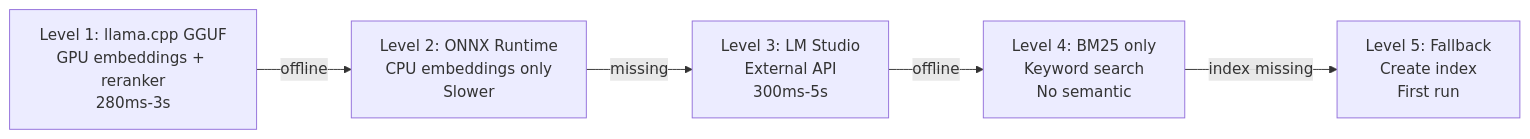
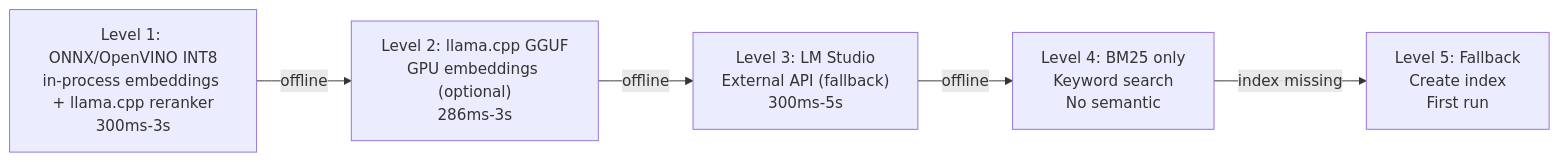
Before and after one commit to ManSio/mscodebase-intelligence: the eighth of 8 diagrams in docs/en/ARCHITECTURE_DEEP.md, drawn with Mermaid. The commit also changed other lines of this file and 50 other files, not shown here.

````diff
--- a/docs/en/ARCHITECTURE_DEEP.md
+++ b/docs/en/ARCHITECTURE_DEEP.md
@@ -327,8 +327,8 @@
 ```mermaid
 flowchart LR
-    L1["Level 1: llama.cpp GGUF\nGPU embeddings + reranker\n280ms-3s"] -->|offline| L2
-    L2["Level 2: ONNX Runtime\nCPU embeddings only\nSlower"] -->|missing| L3
-    L3["Level 3: LM Studio\nExternal API\n300ms-5s"] -->|offline| L4
+    L1["Level 1: ONNX/OpenVINO INT8\nin-process embeddings + llama.cpp reranker\n300ms-3s"] -->|offline| L2
+    L2["Level 2: llama.cpp GGUF\nGPU embeddings (optional)\n286ms-3s"] -->|offline| L3
+    L3["Level 3: LM Studio\nExternal API (fallback)\n300ms-5s"] -->|offline| L4
     L4["Level 4: BM25 only\nKeyword search\nNo semantic"] -->|index missing| L5
     L5["Level 5: Fallback\nCreate index\nFirst run"]
 ```
````
